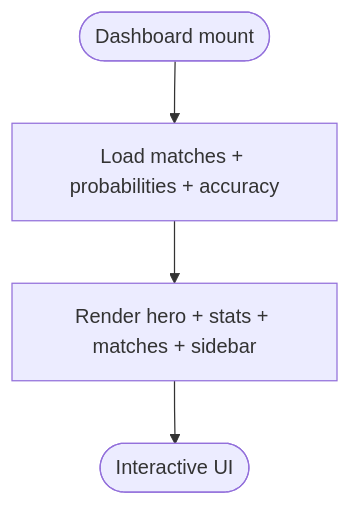
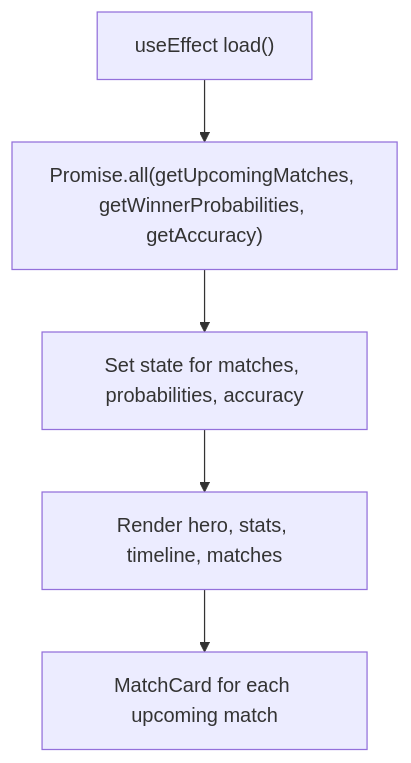
Before and after one commit to cheesiong/WC26-qwen: the sixth of 11 diagrams in .qoder/repowiki/en/content/Frontend Application/Frontend Application.md, drawn with Mermaid. The commit also changed other lines of this file and 181 other files, not shown here.

````diff
--- a/.qoder/repowiki/en/content/Frontend Application/Frontend Application.md
+++ b/.qoder/repowiki/en/content/Frontend Application/Frontend Application.md
@@ -278,6 +260,7 @@
 ```mermaid
 flowchart TD
-Start(["Dashboard mount"]) --> Load["Load matches + probabilities + accuracy"]
-Load --> Render["Render hero + stats + matches + sidebar"]
-Render --> End(["Interactive UI"])
+Init["useEffect load()"] --> Fetch["Promise.all(getUpcomingMatches, getWinnerProbabilities, getAccuracy)"]
+Fetch --> SetState["Set state for matches, probabilities, accuracy"]
+SetState --> Render["Render hero, stats, timeline, matches"]
+Render --> Cards["MatchCard for each upcoming match"]
 ```
````
